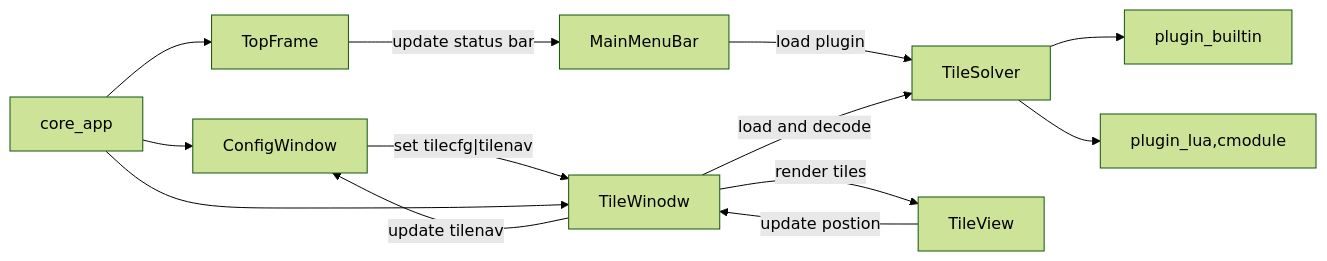
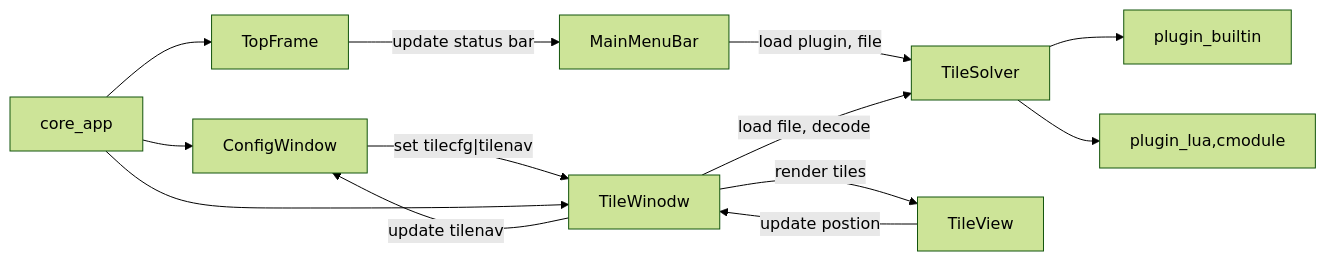
The diagram in Readme.md (YuriSizuku/TileViewer), drawn with Mermaid before and after one commit. The commit also changed 8 other files, not shown here.

````diff
--- a/Readme.md
+++ b/Readme.md
@@ -72,23 +72,23 @@
 ``` mermaid
 %%{init: {'theme':'forest'}}%%
 graph LR;
 m1[core_app]
 m2[TileSolver]
 c1[plugin_builtin]
 c2[plugin_lua,cmodule]
 u1[TopFrame]
 u2[MainMenuBar]
 u3[ConfigWindow]
 u4[TileWinodw]
 u5[TileView]
 
-m1 --> u1 -- update status bar --> u2 -- load plugin--> m2
+m1 --> u1 -- update status bar --> u2 -- load plugin, file--> m2
 m1 --> u3 -- set tilecfg|tilenav --> u4
 m1 --> u4 -- update tilenav --> u3
 u4 -- render tiles --> u5
 u5 -- update postion --> u4
-u4 -- load and decode--> m2
+u4 -- load file, decode--> m2
 m2 --> c1
 m2 --> c2
 
 ```
````
